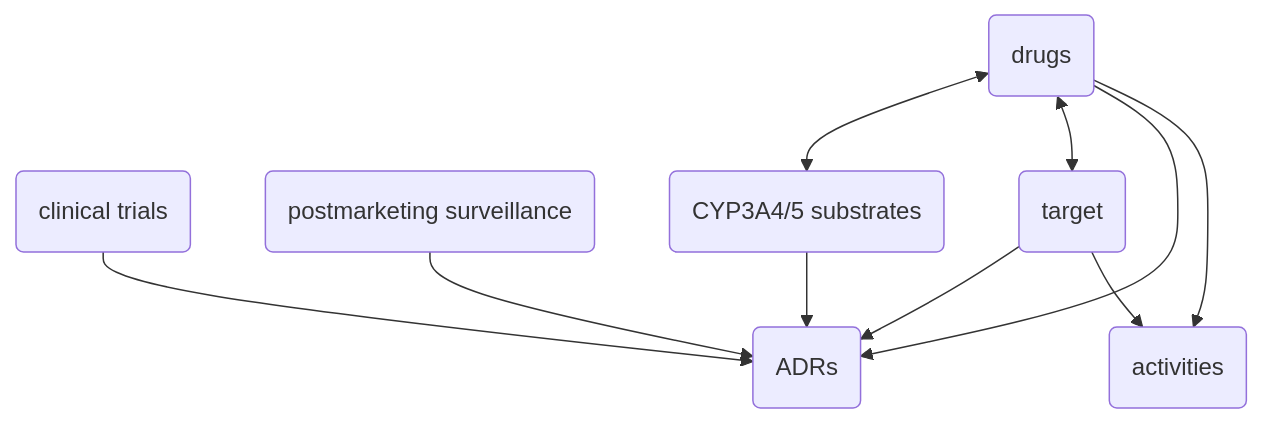
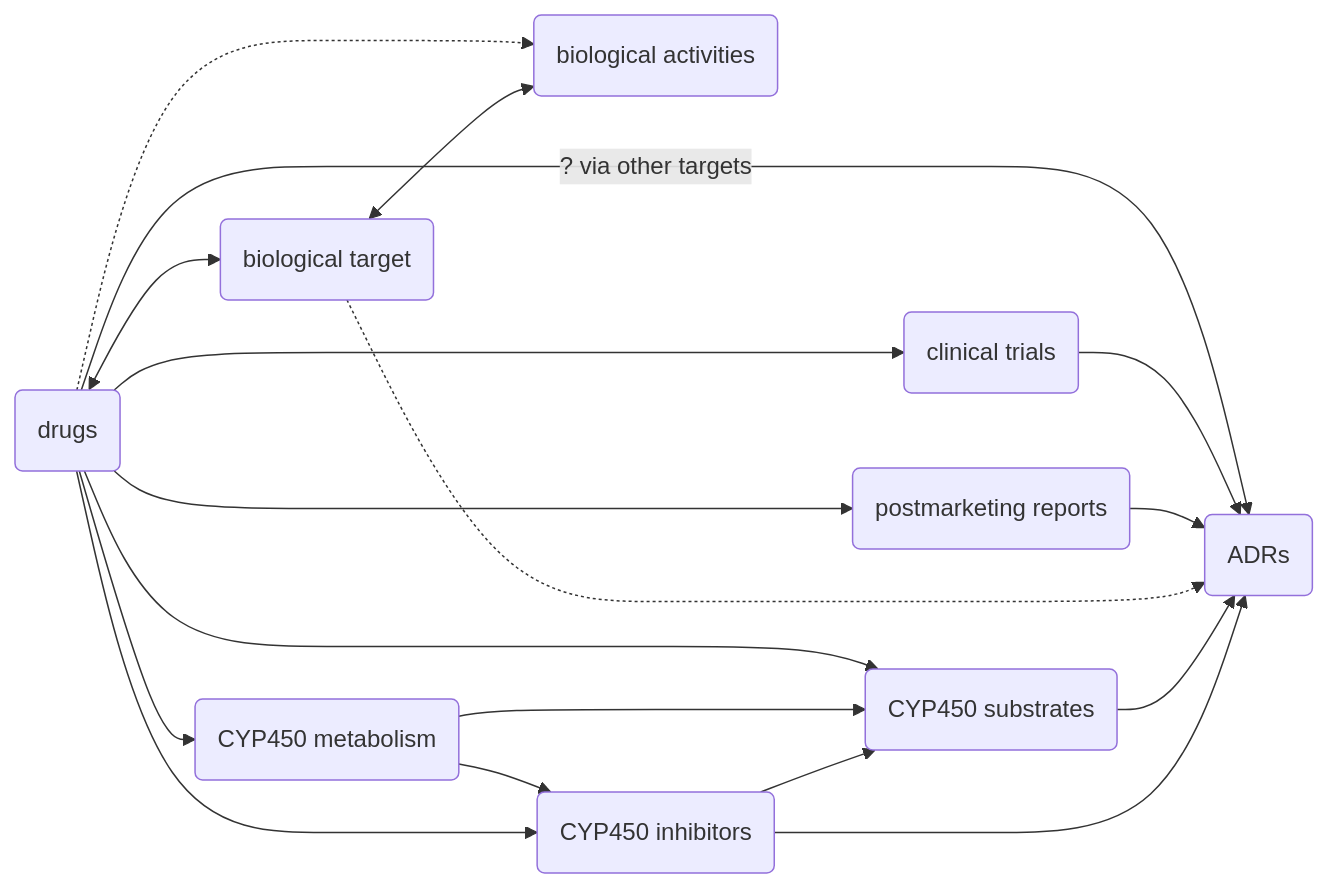
The diagram in Ideas.qmd (jhylin/Adverse_drug_reactions), drawn with Mermaid before and after one commit. The commit also changed other lines of this file and 1 other file, not shown here.

Commit message:
Added data & updated flowchart

````diff
--- a/Ideas.qmd
+++ b/Ideas.qmd
@@ -29,12 +34,20 @@
 ```{mermaid}
-flowchart TB
-  A(drugs) --> B(activities)
-  A --> C(adverse effects)
+flowchart LR
+  A(drugs) -.-> B(activities)
+  A -- ? via other targets --> C(adverse effects)
   D(clinical trials) --> C(ADRs)
-  E(postmarketing surveillance) --> C(ADRs)
-  F(target) --> B(activities)
-  A <--> F(target)
-  F --> C(ADRs)
+  E(postmarketing reports) --> C(ADRs)
+  F(biological target) <--> B(biological activities)
+  A <--> F(biological target)
+  F -.-> C(ADRs)
   G(CYP3A4/5 substrates) --> C(ADRs)
-  A <--> G(CYP3A4/5 substrates)
+  A --> G(CYP450 substrates)
+  H(CYP450-drug metabolism) --> G(CYP450 substrates)
+  A --> H(CYP450 metabolism)
+  H --> I(CYP450 inhibitors)
+  I --> C(ADRs)
+  A --> D(clinical trials)
+  A --> E(postmarketing reports)
+  A --> I(CYP450 inhibitors)
+  I --> G(CYP450 substrates)
 ```
````
